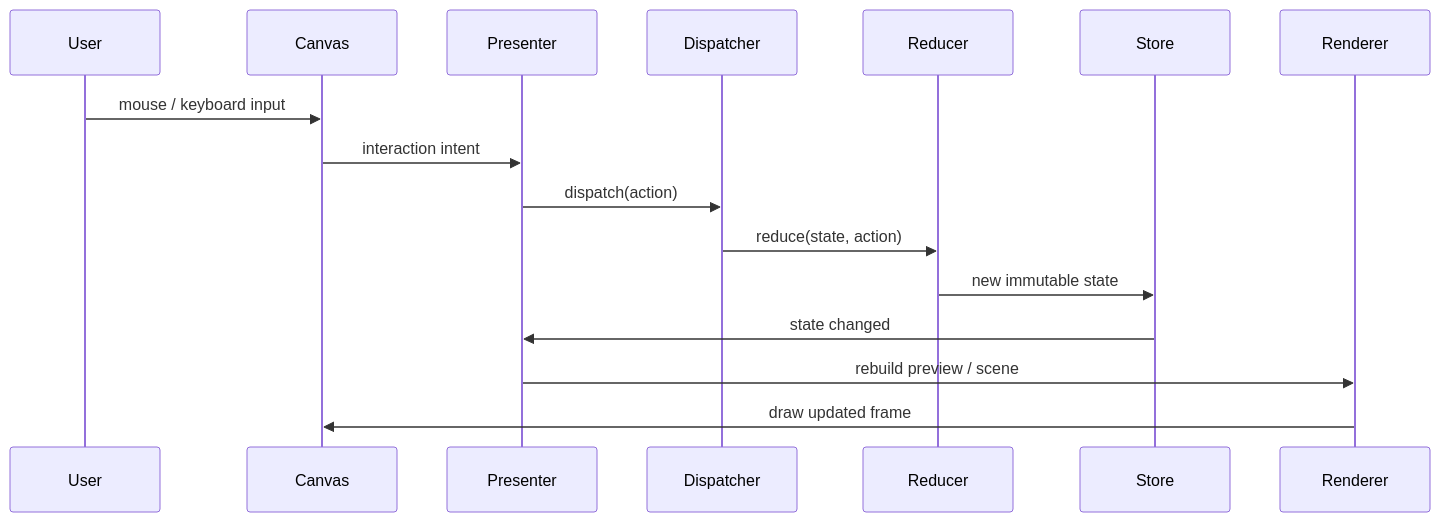
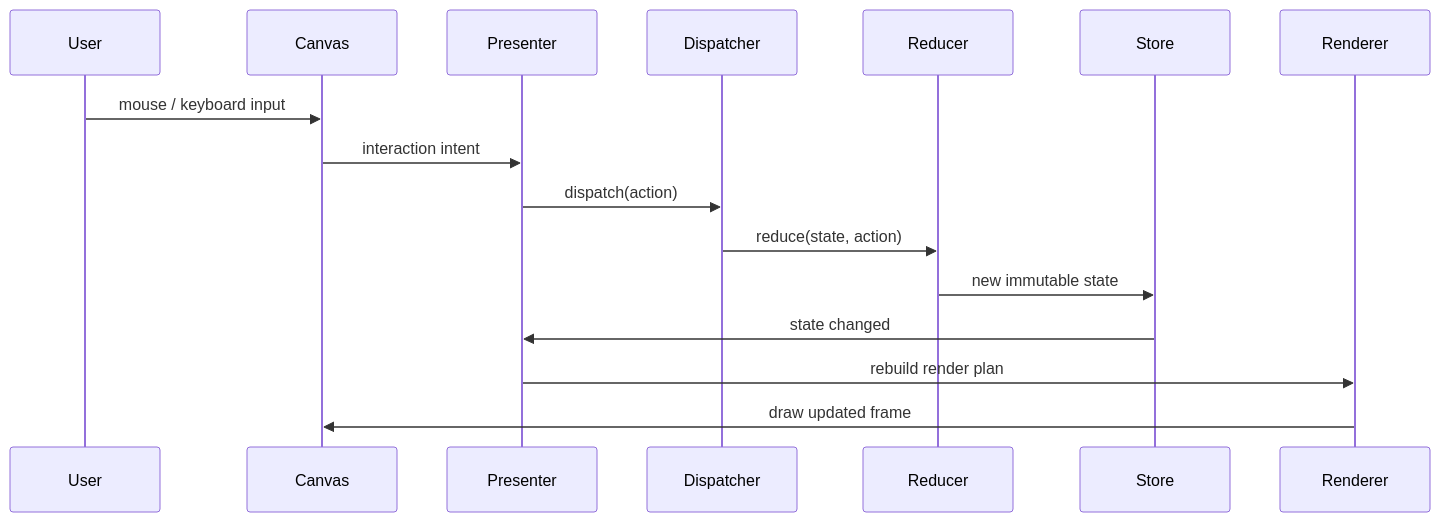
One commit to Loganavter/Improve-ImgSLI changed the fourth of 6 diagrams in docs/dev/ARCHITECTURE.md. Above: the diagram before and after it, drawn with Mermaid. The commit also changed other lines of this file and 1273 other files, not shown here.

````diff
--- a/docs/dev/ARCHITECTURE.md
+++ b/docs/dev/ARCHITECTURE.md
@@ -53,19 +80,19 @@
 ```mermaid
 sequenceDiagram
     participant User
     participant Canvas
     participant Presenter
     participant Dispatcher
     participant Reducer
     participant Store
     participant Renderer
 
     User->>Canvas: mouse / keyboard input
     Canvas->>Presenter: interaction intent
     Presenter->>Dispatcher: dispatch(action)
     Dispatcher->>Reducer: reduce(state, action)
     Reducer->>Store: new immutable state
     Store->>Presenter: state changed
-    Presenter->>Renderer: rebuild preview / scene
+    Presenter->>Renderer: rebuild render plan
     Renderer->>Canvas: draw updated frame
 ```
````
